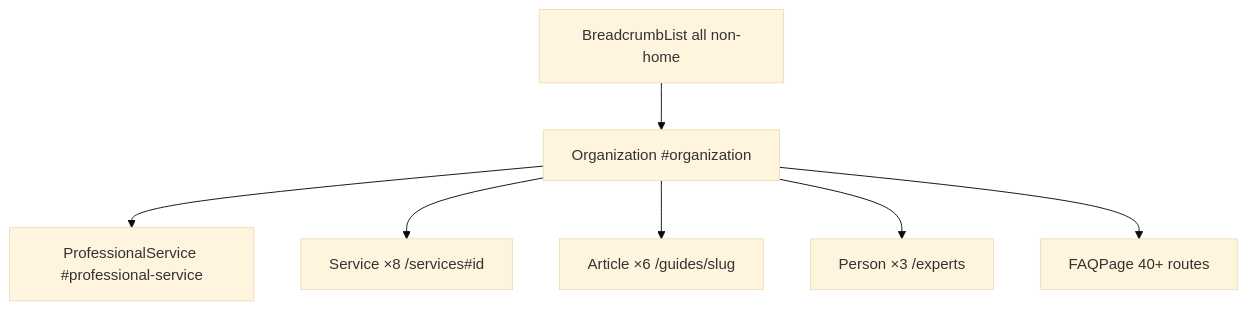
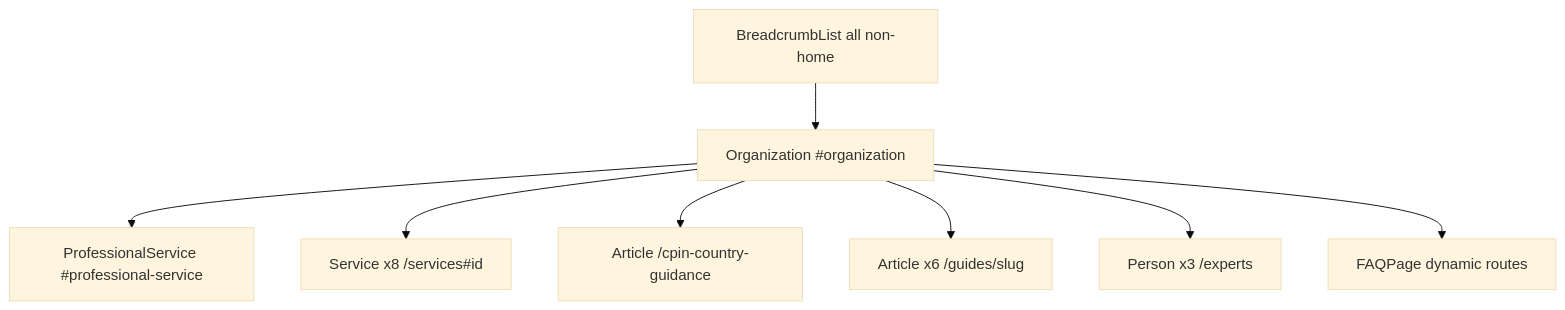
The second of 2 diagrams in docs/SEO-ARCHITECTURE.md (hh12345-lion/nigeria-expert), drawn with Mermaid (base theme) before and after one commit. The commit also changed other lines of this file and 76 other files, not shown here.

First line of the commit message:
Rebrand to NigeriaExpert with full SEO architecture and lead capture.

````diff
--- a/docs/SEO-ARCHITECTURE.md
+++ b/docs/SEO-ARCHITECTURE.md
@@ -323,16 +459,18 @@
 ```mermaid
 flowchart TB
   Org["Organization #organization"]
   Home["ProfessionalService #professional-service"]
-  Svc["Service ×8 /services#id"]
-  Art["Article ×6 /guides/slug"]
-  Per["Person ×3 /experts"]
-  FAQ["FAQPage 40+ routes"]
+  Svc["Service x8 /services#id"]
+  ArtCPIN["Article /cpin-country-guidance"]
+  ArtGuide["Article x6 /guides/slug"]
+  Per["Person x3 /experts"]
+  FAQ["FAQPage dynamic routes"]
   BC["BreadcrumbList all non-home"]
   Org --> Home
   Org --> Svc
-  Org --> Art
+  Org --> ArtCPIN
+  Org --> ArtGuide
   Org --> Per
   Org --> FAQ
   BC --> Org
 ```
````
